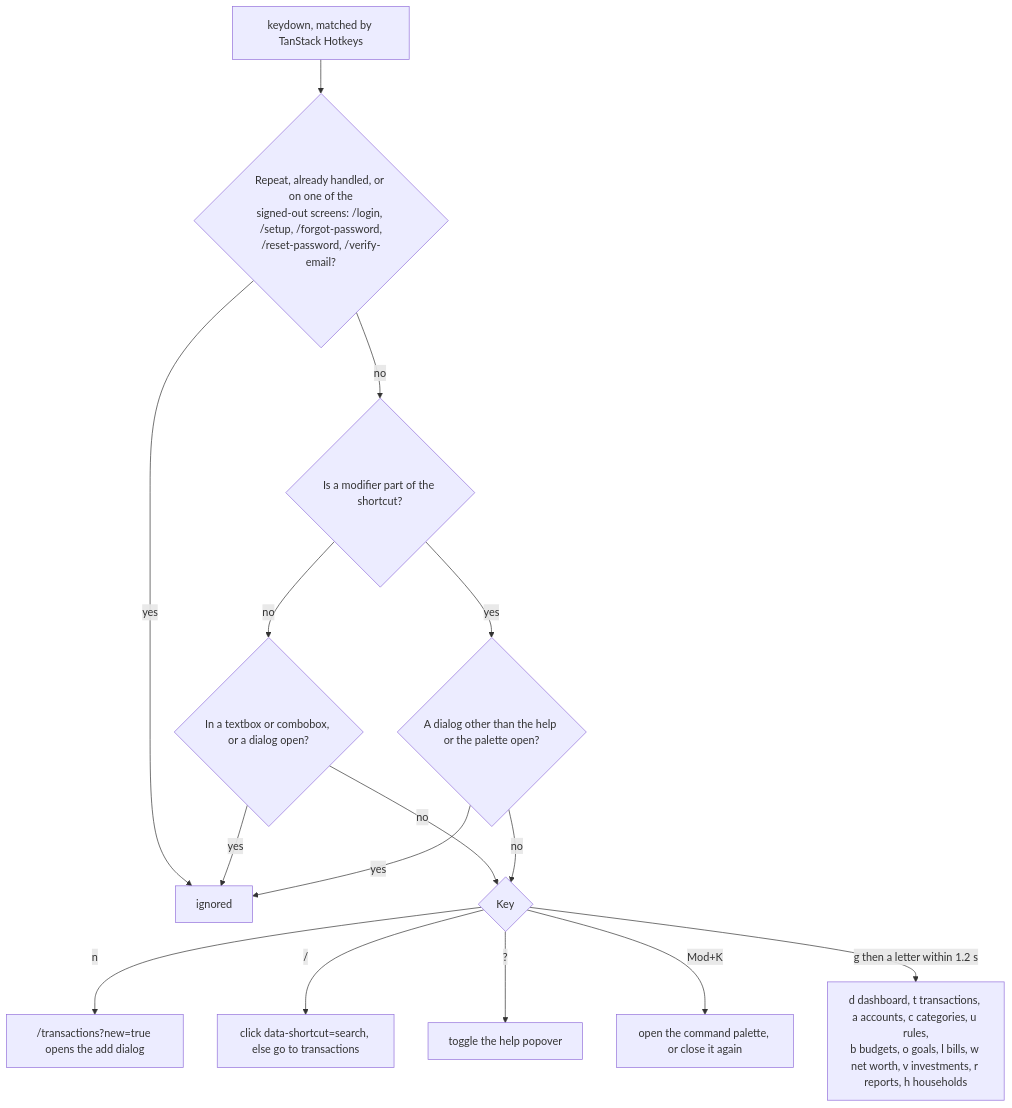
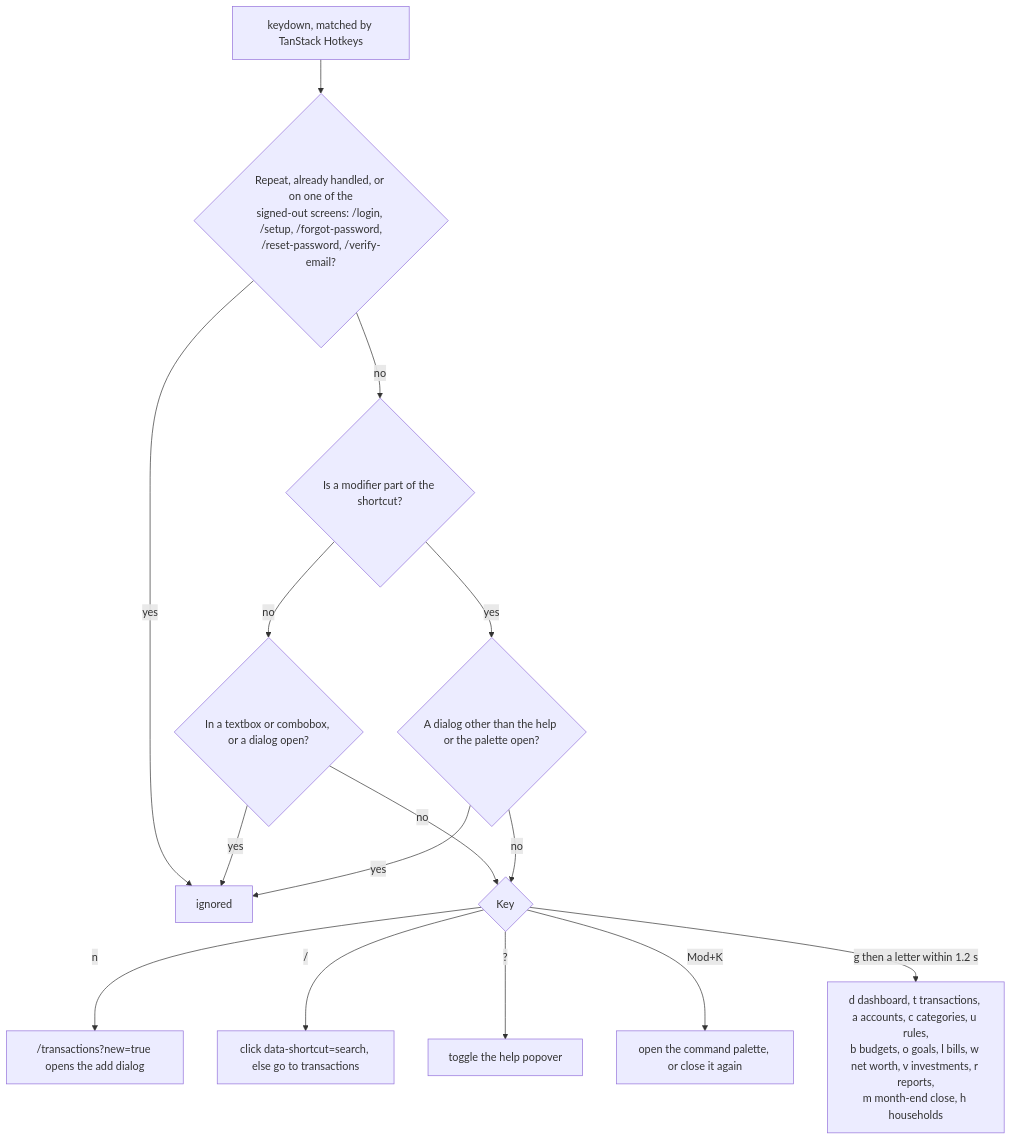
Before and after one commit to Justxs/Jx-Finance: the second of 4 diagrams in docs/features/interface.md, drawn with Mermaid. The commit also changed other lines of this file and 111 other files, not shown here.

First line of the commit message:
feat(month-close): review and close a month

````diff
--- a/docs/features/interface.md
+++ b/docs/features/interface.md
@@ -27,17 +27,17 @@
 ```mermaid
 flowchart TD
     Key["keydown, matched by TanStack Hotkeys"] --> Guard{"Repeat, already handled, or on one of the<br/>signed-out screens: /login, /setup, /forgot-password,<br/>/reset-password, /verify-email?"}
     Guard -->|"yes"| Ignore["ignored"]
     Guard -->|"no"| Held{"Is a modifier part of the shortcut?"}
     Held -->|"no"| Bare{"In a textbox or combobox, or a dialog open?"}
     Bare -->|"yes"| Ignore
     Bare -->|"no"| Which
     Held -->|"yes"| Modal{"A dialog other than the help or the palette open?"}
     Modal -->|"yes"| Ignore
     Modal -->|"no"| Which{"Key"}
     Which -->|"n"| New["/transactions?new=true opens the add dialog"]
     Which -->|"/"| Search["click data-shortcut=search, else go to transactions"]
     Which -->|"?"| Help["toggle the help popover"]
     Which -->|"Mod+K"| Palette["open the command palette, or close it again"]
-    Which -->|"g then a letter within 1.2 s"| Go["d dashboard, t transactions, a accounts, c categories, u rules,<br/>b budgets, o goals, l bills, w net worth, v investments, r reports, h households"]
+    Which -->|"g then a letter within 1.2 s"| Go["d dashboard, t transactions, a accounts, c categories, u rules,<br/>b budgets, o goals, l bills, w net worth, v investments, r reports,<br/>m month-end close, h households"]
 ```
````
